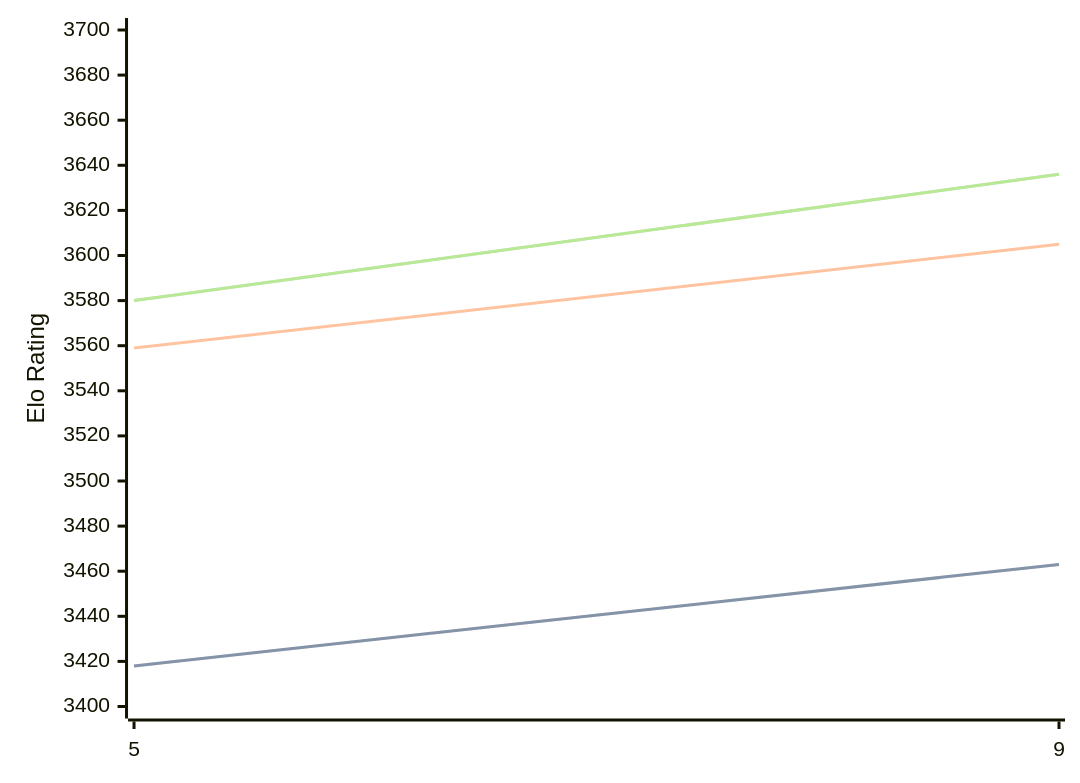
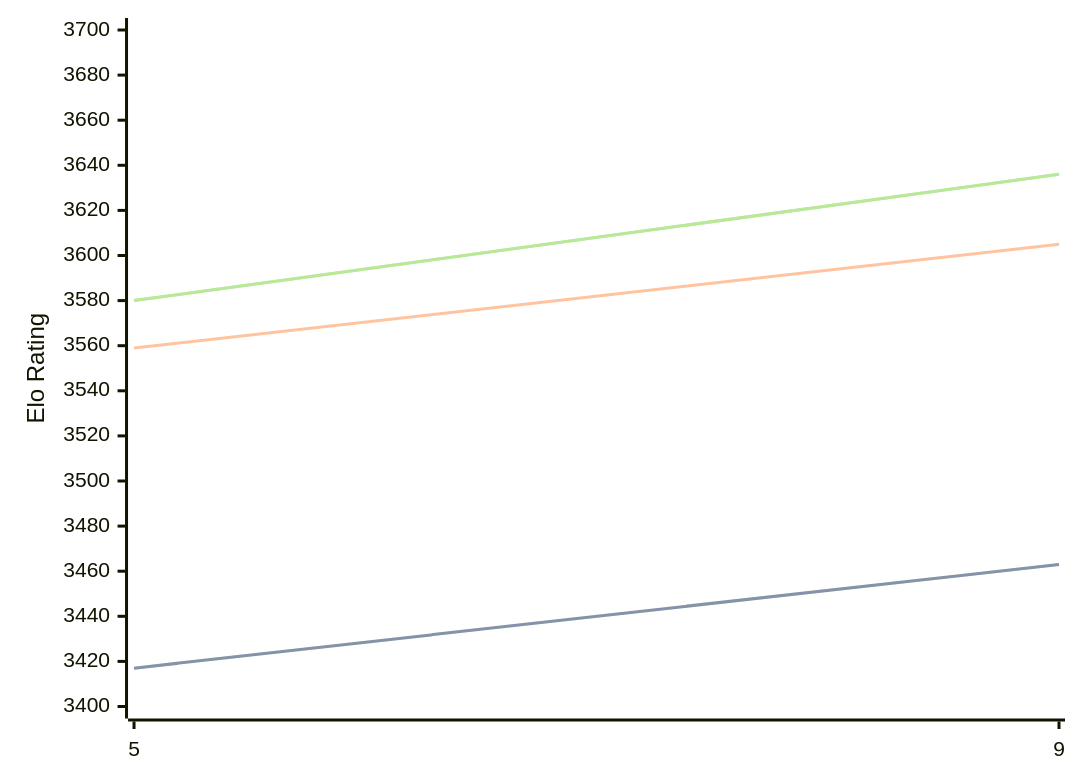
Before and after one commit to computer-chess-index/cci: the diagram in engines/Crystal.md, drawn with Mermaid. The commit also changed other lines of this file, not shown here.

Commit message:
Update CCI Ratings (ELO VLTC) - 2026-03-09

````diff
--- a/engines/Crystal.md
+++ b/engines/Crystal.md
@@ -58,11 +58,11 @@
 ```mermaid
 %%{init: {"theme":"base","themeVariables":{"seriesColors:['#a3a3a3','#222221','#faa371']}}}%%
 xychart-beta
   x-axis ["5", "9"]
   y-axis "Elo Rating" 3400 --> 3700
-  line "STC (8.0+0.08s)" [3418, 3463]
-  line "STC (8.0+0.08s)" [3418, 3463]
+  line "STC (8.0+0.08s)" [3417, 3463]
+  line "STC (8.0+0.08s)" [3417, 3463]
   line "LTC (60.0+0.60s)" [3559, 3605]
   line "VLTC (2m24s+1.12s)" [3580, 3636]
   line "VLTC (2m24s+1.12s)" [3580, 3636]
 ```
````
